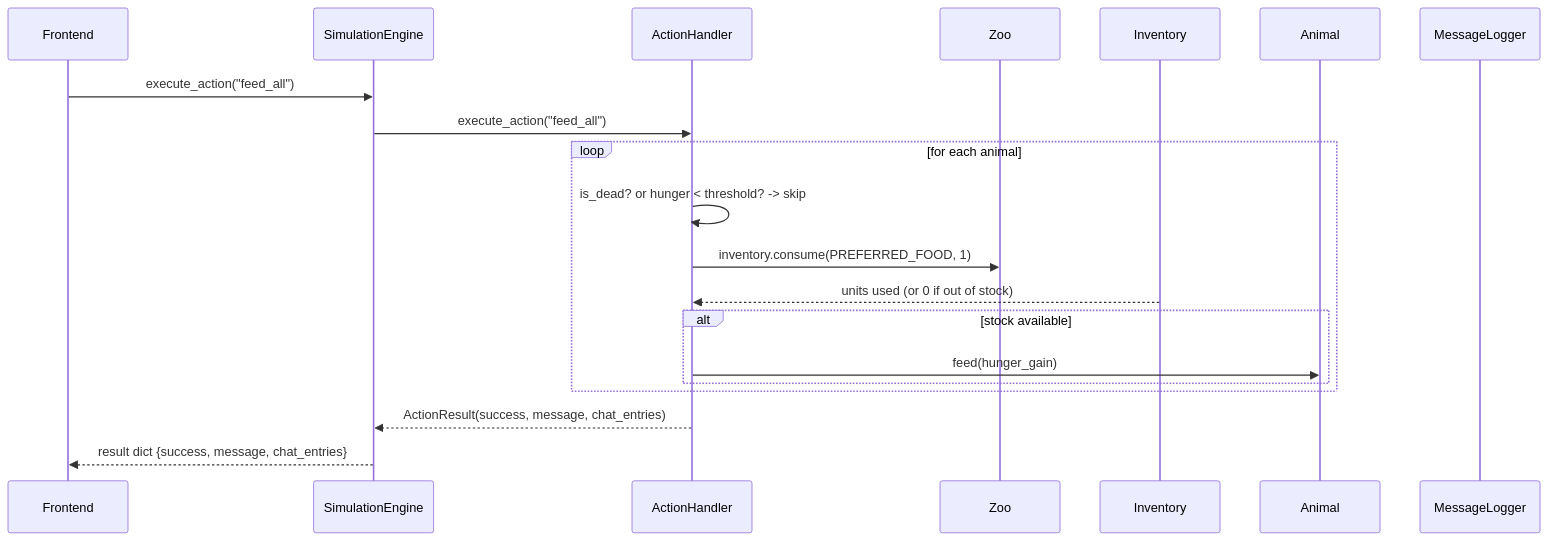
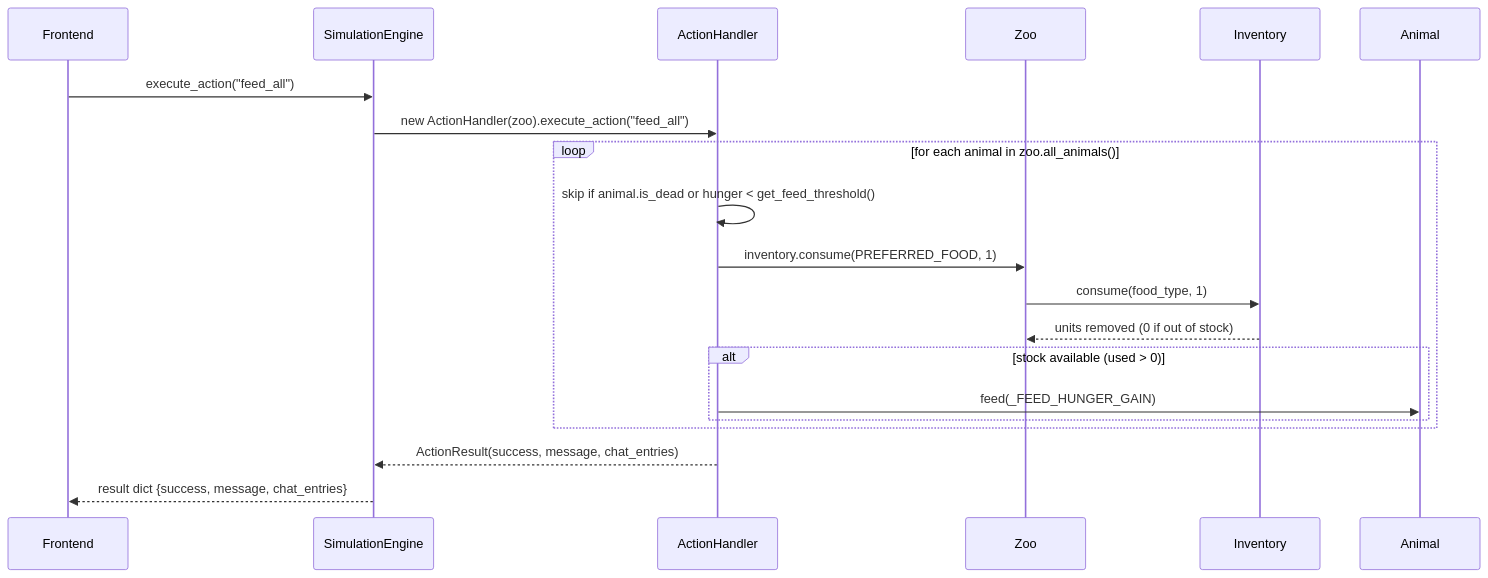
Before and after one commit to justforaprogramm/vivizoo: the second of 3 diagrams in backend/docs/sequence_diagrams.md, drawn with Mermaid. The commit also changed other lines of this file and 26 other files, not shown here.

````diff
--- a/backend/docs/sequence_diagrams.md
+++ b/backend/docs/sequence_diagrams.md
@@ -46,23 +73,23 @@
 ```mermaid
 sequenceDiagram
     participant FE as Frontend
     participant E as SimulationEngine
     participant AH as ActionHandler
     participant Z as Zoo
     participant INV as Inventory
     participant A as Animal
-    participant L as MessageLogger
 
     FE->>E: execute_action("feed_all")
-    E->>AH: execute_action("feed_all")
-    loop for each animal
-        AH->>AH: is_dead? or hunger < threshold? -> skip
+    E->>AH: new ActionHandler(zoo).execute_action("feed_all")
+    loop for each animal in zoo.all_animals()
+        AH->>AH: skip if animal.is_dead or hunger < get_feed_threshold()
         AH->>Z: inventory.consume(PREFERRED_FOOD, 1)
-        INV-->>AH: units used (or 0 if out of stock)
-        alt stock available
-            AH->>A: feed(hunger_gain)
+        Z->>INV: consume(food_type, 1)
+        INV-->>Z: units removed (0 if out of stock)
+        alt stock available (used > 0)
+            AH->>A: feed(_FEED_HUNGER_GAIN)
         end
     end
     AH-->>E: ActionResult(success, message, chat_entries)
     E-->>FE: result dict {success, message, chat_entries}
 ```
````
